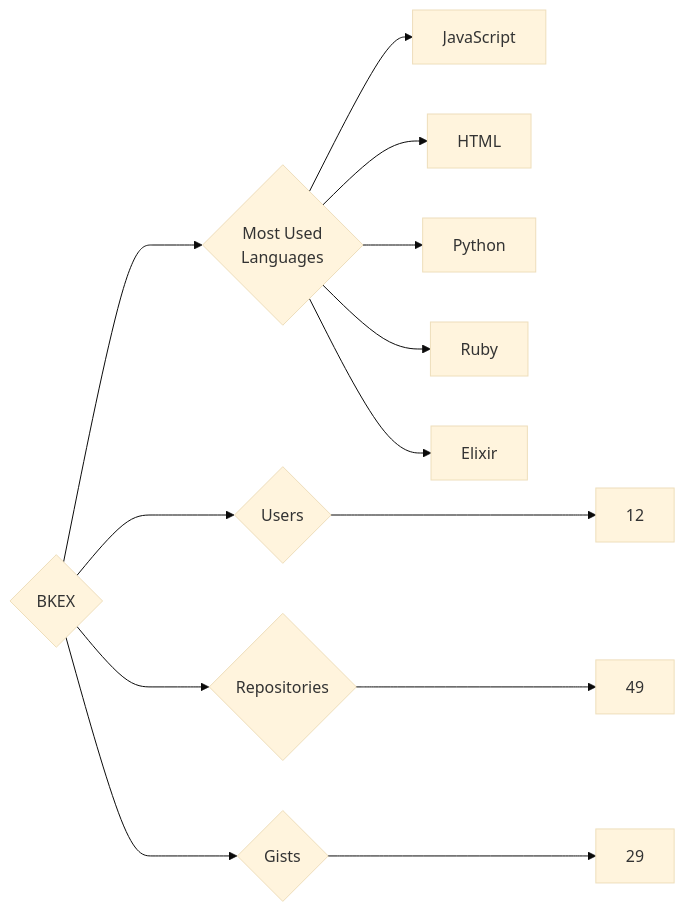
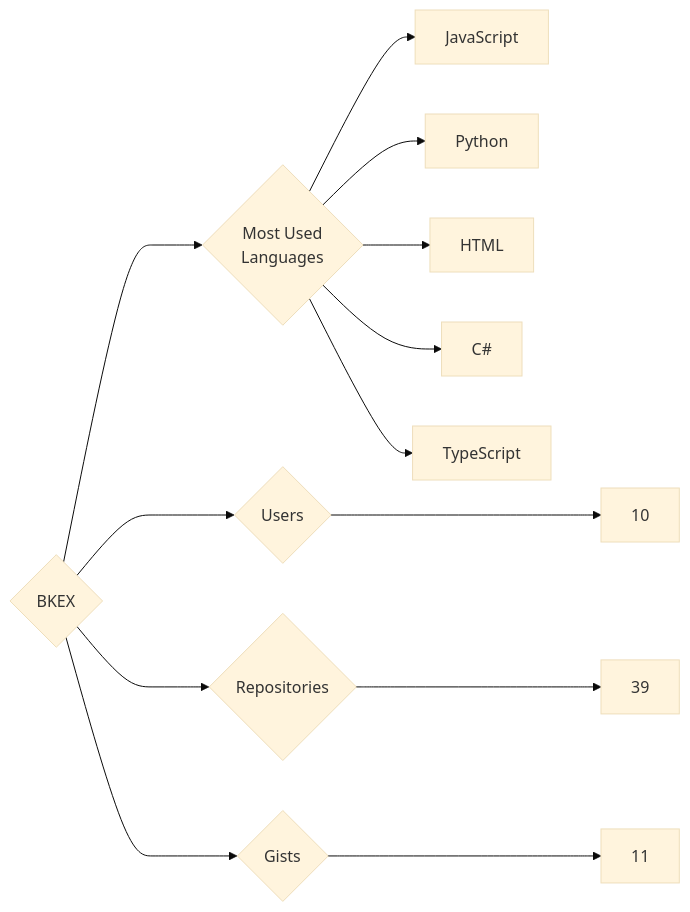
Before and after one commit to trickest/insiders: the diagram in targets/BKEX/README.md, drawn with Mermaid (base theme). The commit also changed 1007 other files, not shown here.

````diff
--- a/targets/BKEX/README.md
+++ b/targets/BKEX/README.md
@@ -3,13 +3,13 @@
 ```mermaid
 graph LR
 COMPANY_NAME{BKEX}
-COMPANY_NAME ---> U{Users} ---> UN[12]
-COMPANY_NAME ---> R{Repositories} ---> RN[49]
-COMPANY_NAME ---> G{Gists} ---> GN[29]
+COMPANY_NAME ---> U{Users} ---> UN[10]
+COMPANY_NAME ---> R{Repositories} ---> RN[39]
+COMPANY_NAME ---> G{Gists} ---> GN[11]
 COMPANY_NAME ---> ML{Most Used<br>Languages}
 ML --> JavaScript[JavaScript]
+ML --> Python[Python]
 ML --> HTML[HTML]
-ML --> Python[Python]
-ML --> Ruby[Ruby]
-ML --> Elixir[Elixir]
+ML --> C#[C#]
+ML --> TypeScript[TypeScript]
 ```
````
